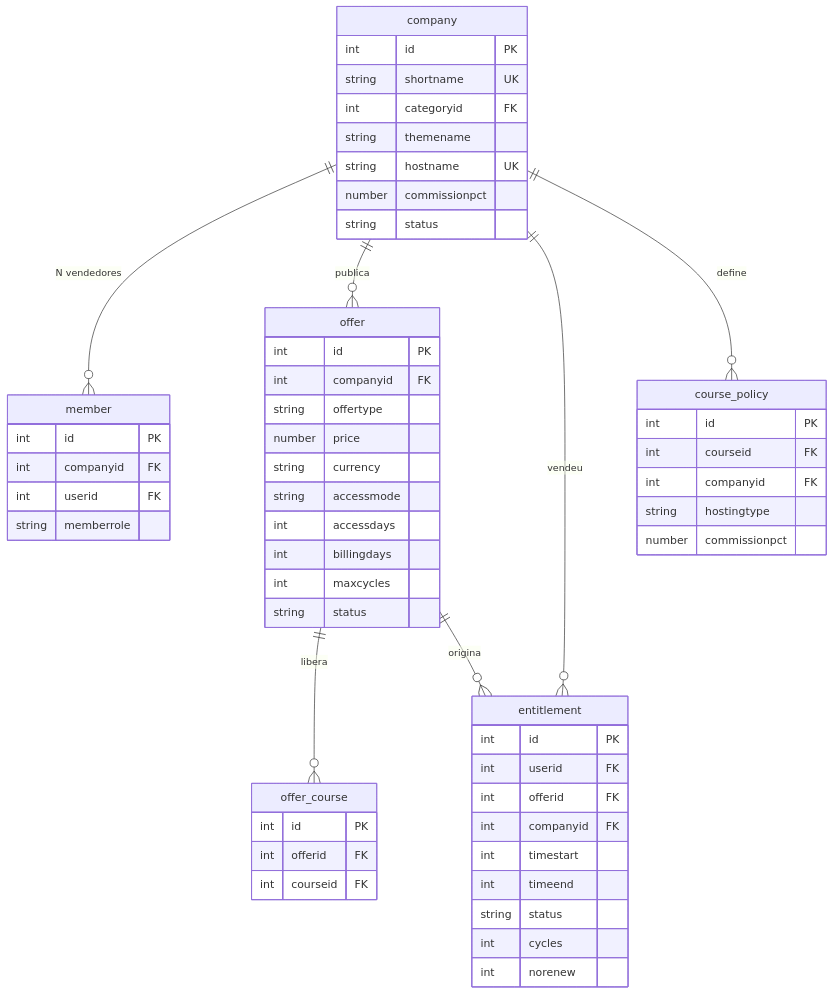
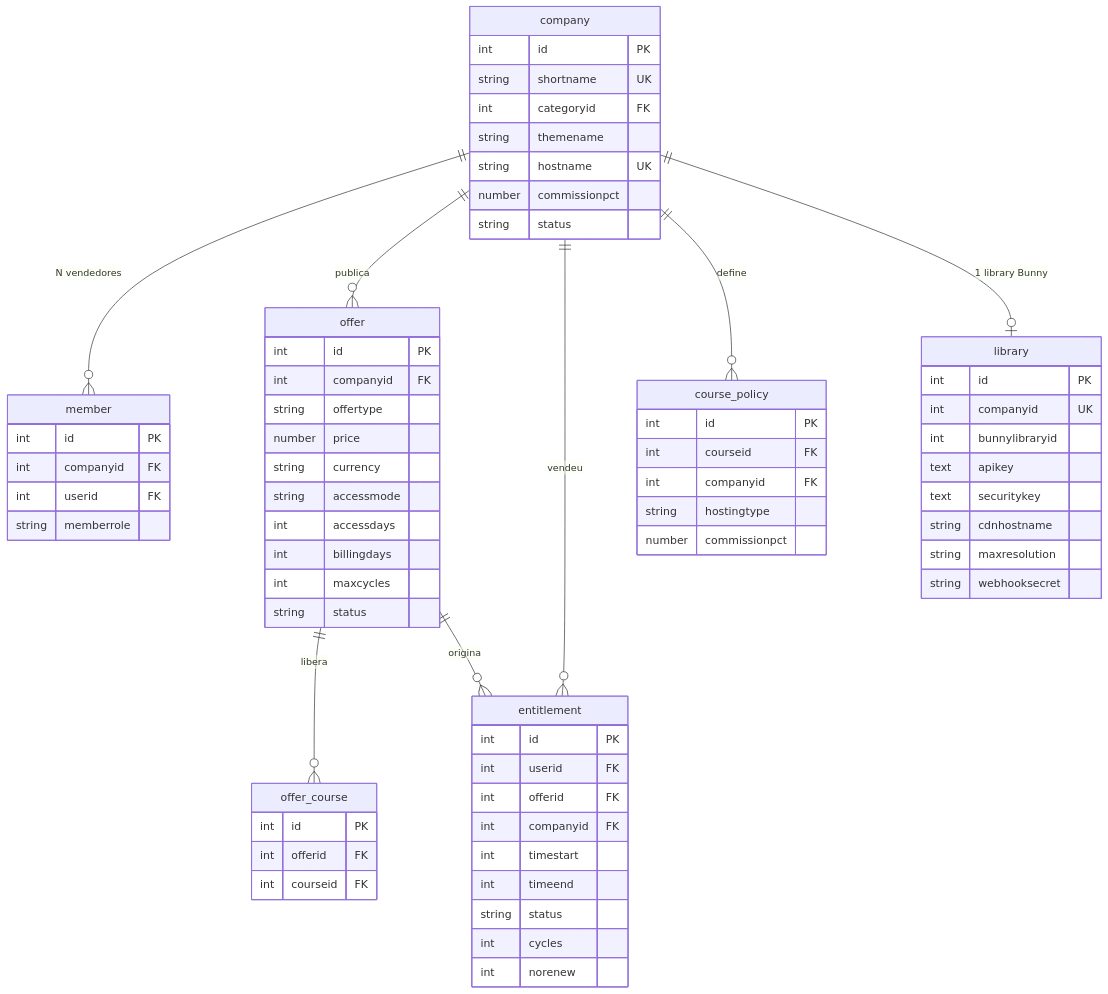
Before and after one commit to leonardodg/ldg-courses: the diagram in docs/data-model/marketplace.md, drawn with Mermaid. The commit also changed other lines of this file and 90 other files, not shown here.

````diff
--- a/docs/data-model/marketplace.md
+++ b/docs/data-model/marketplace.md
@@ -13,59 +13,70 @@
 ```mermaid
 erDiagram
     company ||--o{ member : "N vendedores"
     company ||--o{ offer : publica
     company ||--o{ entitlement : vendeu
     company ||--o{ course_policy : define
+    company ||--o| library : "1 library Bunny"
     offer ||--o{ offer_course : libera
     offer ||--o{ entitlement : origina
     company {
         int id PK
         string shortname UK
         int categoryid FK
         string themename
         string hostname UK
         number commissionpct
         string status
     }
     member {
         int id PK
         int companyid FK
         int userid FK
         string memberrole
     }
     offer {
         int id PK
         int companyid FK
         string offertype
         number price
         string currency
         string accessmode
         int accessdays
         int billingdays
         int maxcycles
         string status
     }
     offer_course {
         int id PK
         int offerid FK
         int courseid FK
     }
     entitlement {
         int id PK
         int userid FK
         int offerid FK
         int companyid FK
         int timestart
         int timeend
         string status
         int cycles
         int norenew
     }
     course_policy {
         int id PK
         int courseid FK
         int companyid FK
         string hostingtype
         number commissionpct
     }
+    library {
+        int id PK
+        int companyid UK
+        int bunnylibraryid
+        text apikey
+        text securitykey
+        string cdnhostname
+        string maxresolution
+        string webhooksecret
+    }
 ```
````
